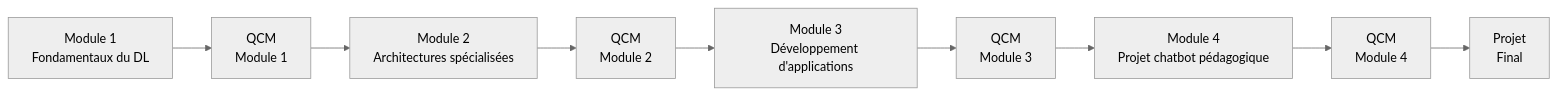
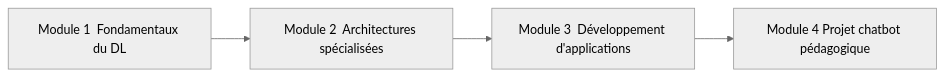
One commit to ggaillard/Atelier-deeplearning changed the diagram in docs/carte-progression.md. Above: the diagram before and after it, drawn with Mermaid (neutral theme).

Commit message:
validaton

````diff
--- a/docs/carte-progression.md
+++ b/docs/carte-progression.md
@@ -11,11 +11,7 @@
 ```mermaid
 flowchart LR
-    M1[Module 1\nFondamentaux du DL] --> M1Q[QCM\nModule 1]
-    M1Q --> M2[Module 2\nArchitectures spécialisées]
-    M2 --> M2Q[QCM\nModule 2]
-    M2Q --> M3[Module 3\nDéveloppement d'applications]
-    M3 --> M3Q[QCM\nModule 3]
-    M3Q --> M4[Module 4\nProjet chatbot pédagogique]
-    M4 --> M4Q[QCM\nModule 4]
-    M4Q --> FIN[Projet\nFinal]
+    M1[Module 1  Fondamentaux du DL] -->  M2[Module 2 Architectures spécialisées]
+    M2[Module 2  Architectures spécialisées] --> M3[Module 3 Développement d'applications]
+    M3[Module 3  Développement d'applications] --> M4[Module 4 Projet chatbot pédagogique]
+    
 ```
````
